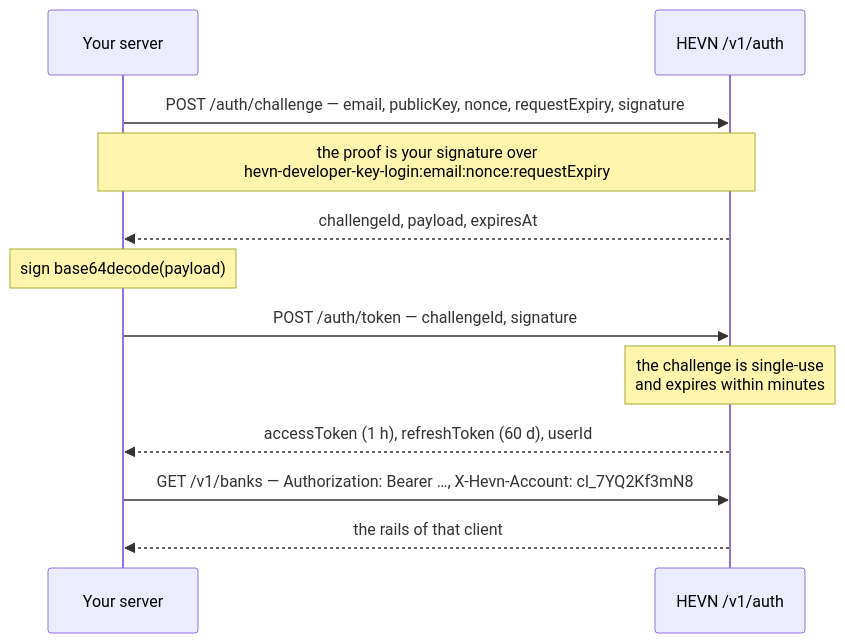
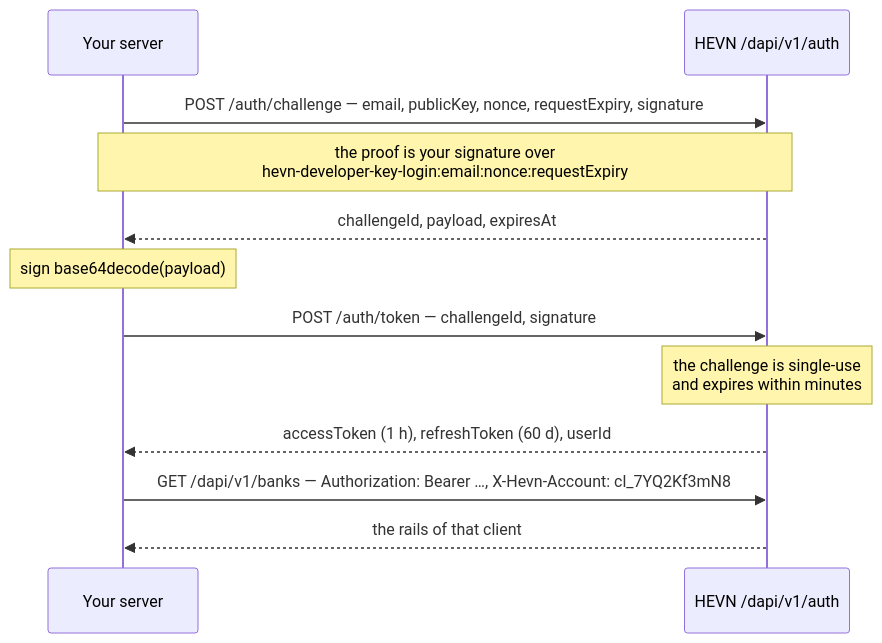
The diagram in whitelabel/sessions.mdx (hevn-inc/docs), drawn with Mermaid before and after one commit. The commit also changed other lines of this file and 37 other files, not shown here.

````diff
--- a/whitelabel/sessions.mdx
+++ b/whitelabel/sessions.mdx
@@ -8,14 +8,14 @@
 ```mermaid
 sequenceDiagram
     participant S as Your server
-    participant H as HEVN /v1/auth
+    participant H as HEVN /dapi/v1/auth
     S->>H: POST /auth/challenge — email, publicKey, nonce, requestExpiry, signature
     Note over S,H: the proof is your signature over<br/>hevn-developer-key-login:email:nonce:requestExpiry
     H-->>S: challengeId, payload, expiresAt
     Note over S: sign base64decode(payload)
     S->>H: POST /auth/token — challengeId, signature
     Note over H: the challenge is single-use<br/>and expires within minutes
     H-->>S: accessToken (1 h), refreshToken (60 d), userId
-    S->>H: GET /v1/banks — Authorization: Bearer …, X-Hevn-Account: cl_7YQ2Kf3mN8
+    S->>H: GET /dapi/v1/banks — Authorization: Bearer …, X-Hevn-Account: cl_7YQ2Kf3mN8
     H-->>S: the rails of that client
 ```
````
